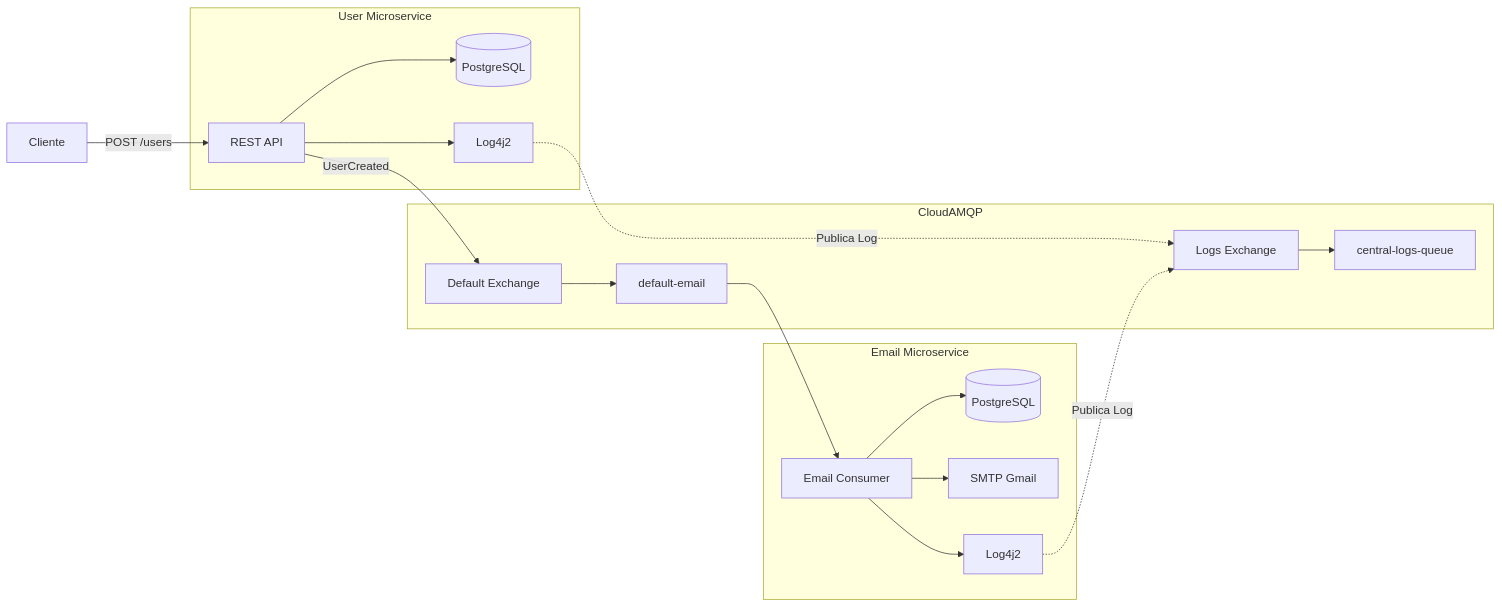
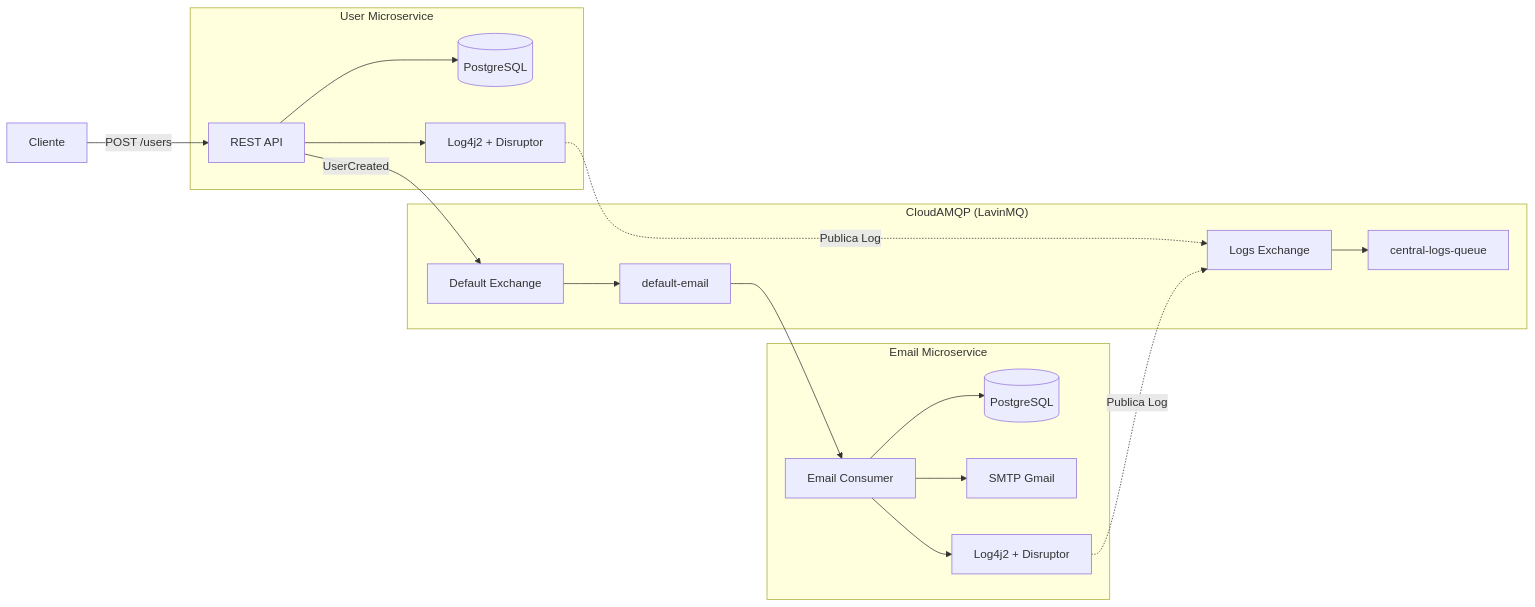
The diagram in 01-ms-email/README.md (rubensrabelo/laboratorio-tech), drawn with Mermaid before and after one commit. The commit also changed other lines of this file and 2 other files, not shown here.

````diff
--- a/01-ms-email/README.md
+++ b/01-ms-email/README.md
@@ -32,42 +32,42 @@
 ```mermaid
 flowchart LR
 
 subgraph USER["User Microservice"]
     API["REST API"]
     UDB[("PostgreSQL")]
-    ULOG["Log4j2"]
+    ULOG["Log4j2 + Disruptor"]
 
     API --> UDB
     API --> ULOG
 end
 
 subgraph EMAIL["Email Microservice"]
     CONSUMER["Email Consumer"]
     EDB[("PostgreSQL")]
     SMTP["SMTP Gmail"]
-    ELOG["Log4j2"]
+    ELOG["Log4j2 + Disruptor"]
 
     CONSUMER --> SMTP
     CONSUMER --> EDB
     CONSUMER --> ELOG
 end
 
-subgraph AMQP["CloudAMQP"]
+subgraph AMQP["CloudAMQP (LavinMQ)"]
     USEREX["Default Exchange"]
     EMAILQ["default-email"]
 
     LOGEX["Logs Exchange"]
     LOGQ["central-logs-queue"]
 end
 
 CLIENT["Cliente"] -->|POST /users| API
 
 API -->|UserCreated| USEREX
 USEREX --> EMAILQ
 EMAILQ --> CONSUMER
 
 ULOG -. Publica Log .-> LOGEX
 ELOG -. Publica Log .-> LOGEX
 
 LOGEX --> LOGQ
 ```
````
